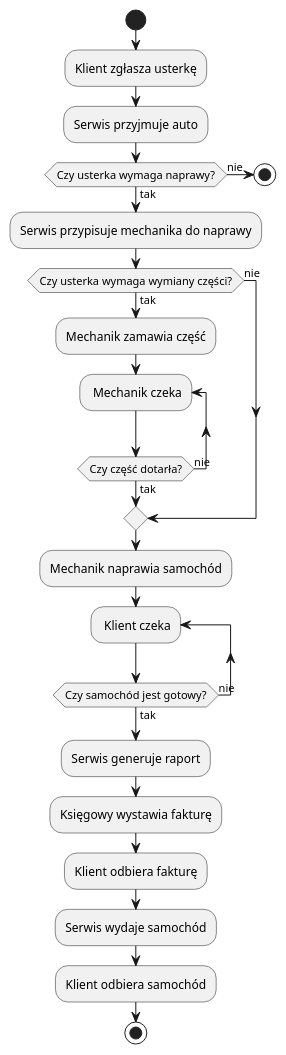
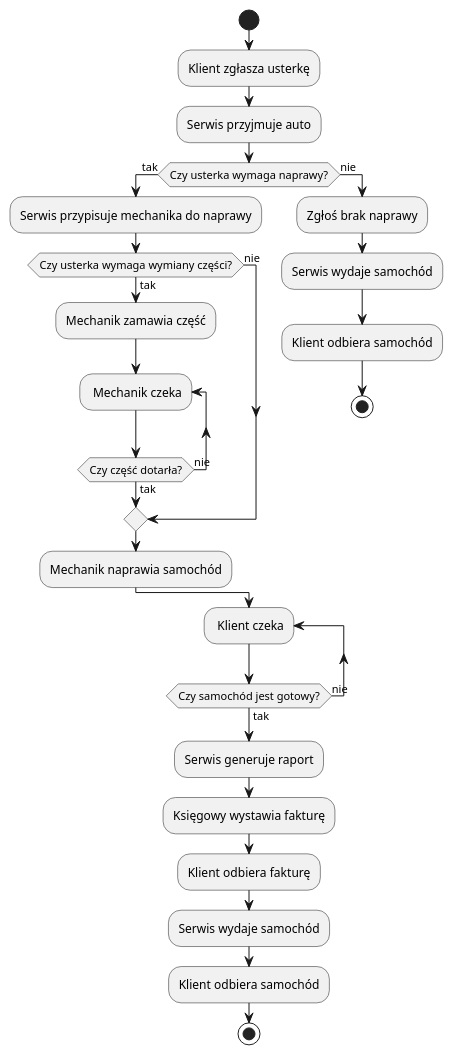
One commit to theWebCookie/uml changed the diagram in serwis_sam_activity.plantuml. Above: the diagram before and after it, drawn with PlantUML. The commit also changed 3 other files, not shown here.

```diff
--- a/serwis_sam_activity.plantuml
+++ b/serwis_sam_activity.plantuml
@@ -1,28 +1,31 @@
 @startuml "serwis_samochodowy_diagram_aktywnosci"
 
 start
 
 :Klient zgłasza usterkę;
 :Serwis przyjmuje auto;
 if (Czy usterka wymaga naprawy?) then (tak)
     :Serwis przypisuje mechanika do naprawy;
     if (Czy usterka wymaga wymiany części?) then (tak)
     :Mechanik zamawia część;
     repeat: Mechanik czeka
     repeat while (Czy część dotarła?) is (nie) not (tak)
     else (nie)
     endif
     :Mechanik naprawia samochód;
 else (nie)
+    :Zgłoś brak naprawy;
+    :Serwis wydaje samochód;
+    :Klient odbiera samochód;
     stop
 endif
 repeat: Klient czeka
 repeat while (Czy samochód jest gotowy?) is (nie) not (tak)
 :Serwis generuje raport;
 :Księgowy wystawia fakturę;
 :Klient odbiera fakturę;
 :Serwis wydaje samochód;
 :Klient odbiera samochód;
 stop
 
 @enduml
```
